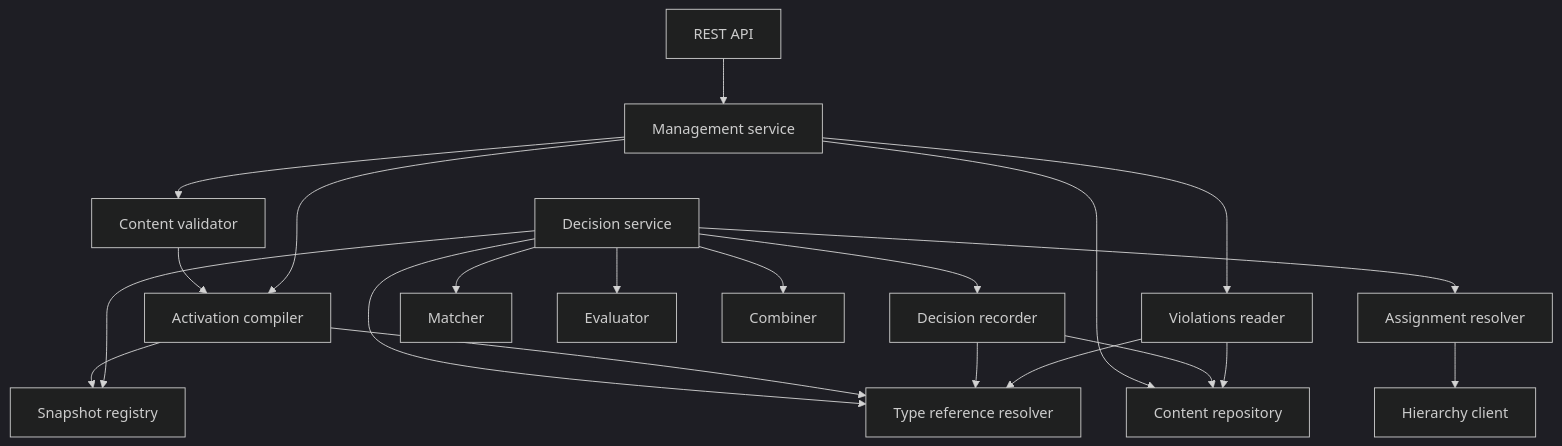
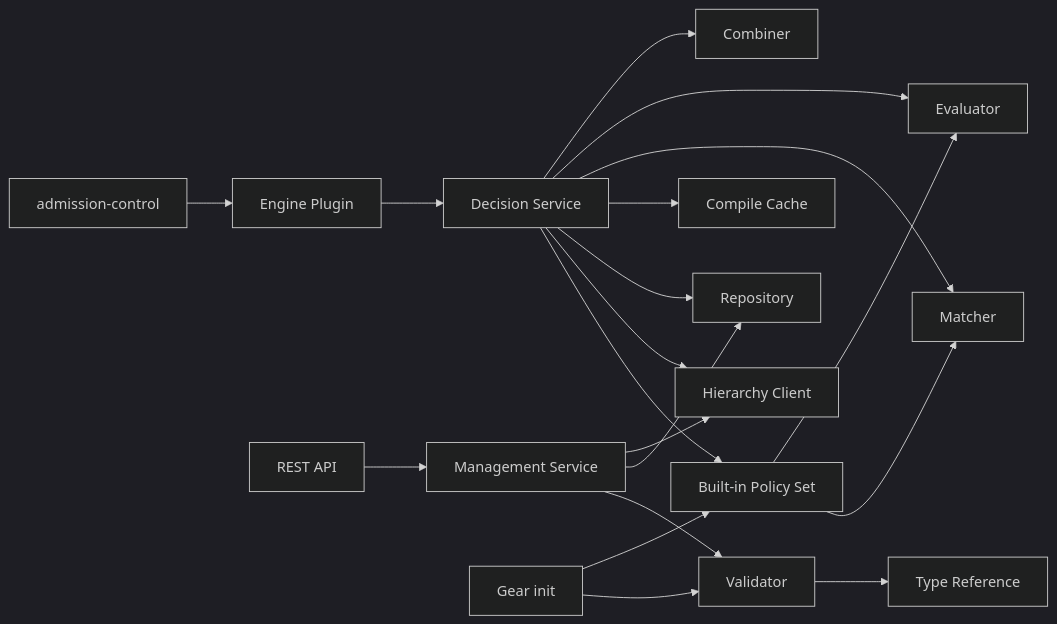
Before and after one commit to AndIConstructor/gears-rust: the first of 3 diagrams in gears/system/policy-engine/docs/DESIGN.md, drawn with Mermaid (dark theme). The commit also changed other lines of this file and 106 other files, not shown here.

Commit message:
feat: add the policy-engine gear as the default admission-control engine, with built-in policies

````diff
--- a/gears/system/policy-engine/docs/DESIGN.md
+++ b/gears/system/policy-engine/docs/DESIGN.md
@@ -328,23 +234,21 @@
 ```mermaid
-graph TD
-    REST[REST API] --> MGMT[Management service]
-    MGMT --> VAL[Content validator]
-    MGMT --> REPO[Content repository]
-    MGMT --> VIO[Violations reader]
-    VAL --> COMP[Activation compiler]
-    MGMT --> COMP
-    COMP --> SNAP[Snapshot registry]
-    DEC[Decision service] --> SNAP
-    DEC --> AR[Assignment resolver]
-    DEC --> MATCH[Matcher]
-    DEC --> EVAL[Evaluator]
-    DEC --> COMB[Combiner]
-    DEC --> REC[Decision recorder]
-    DEC --> REF[Type reference resolver]
-    COMP --> REF
-    REC --> REF
-    VIO --> REF
-    AR --> HC[Hierarchy client]
-    REC --> REPO
-    VIO --> REPO
+flowchart LR
+    GW[admission-control] --> PL[Engine Plugin]
+    PL --> DS[Decision Service]
+    DS --> BS[Built-in Policy Set]
+    DS --> HC[Hierarchy Client]
+    DS --> RP[Repository]
+    DS --> CC[Compile Cache]
+    DS --> MA[Matcher]
+    DS --> EV[Evaluator]
+    DS --> CB[Combiner]
+    BS --> MA
+    BS --> EV
+    REST[REST API] --> MG[Management Service]
+    MG --> VA[Validator]
+    VA --> TR[Type Reference]
+    MG --> RP
+    MG --> HC
+    INIT[Gear init] --> VA
+    INIT --> BS
 ```
````
